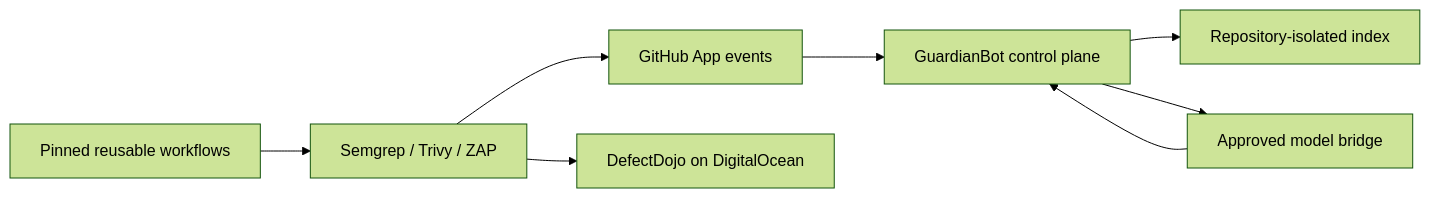
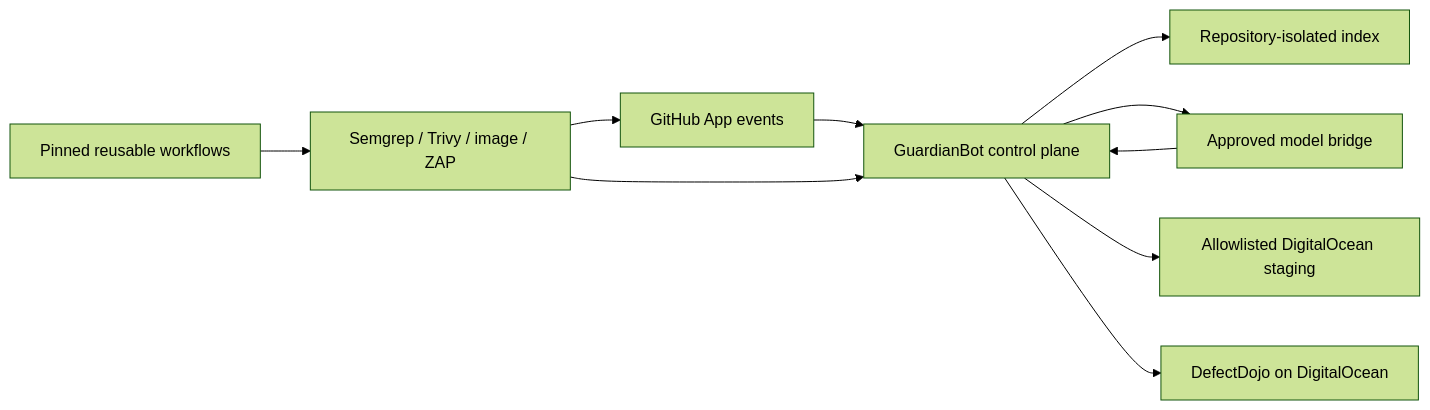
One commit to geekyshubham/guardianbot changed the diagram in README.md. Above: the diagram before and after it, drawn with Mermaid (forest theme). The commit also changed other lines of this file and 43 other files, not shown here.

````diff
--- a/README.md
+++ b/README.md
@@ -22,10 +28,12 @@
 ```mermaid
 flowchart LR
   GH["GitHub App events"] --> CP["GuardianBot control plane"]
   CP --> IDX["Repository-isolated index"]
   CP --> BR["Approved model bridge"]
   BR --> CP
-  WF["Pinned reusable workflows"] --> SC["Semgrep / Trivy / ZAP"]
+  WF["Pinned reusable workflows"] --> SC["Semgrep / Trivy / image / ZAP"]
   SC --> GH
-  SC --> DD["DefectDojo on DigitalOcean"]
+  SC --> CP
+  CP --> DO["Allowlisted DigitalOcean staging"]
+  CP --> DD["DefectDojo on DigitalOcean"]
 ```
````
